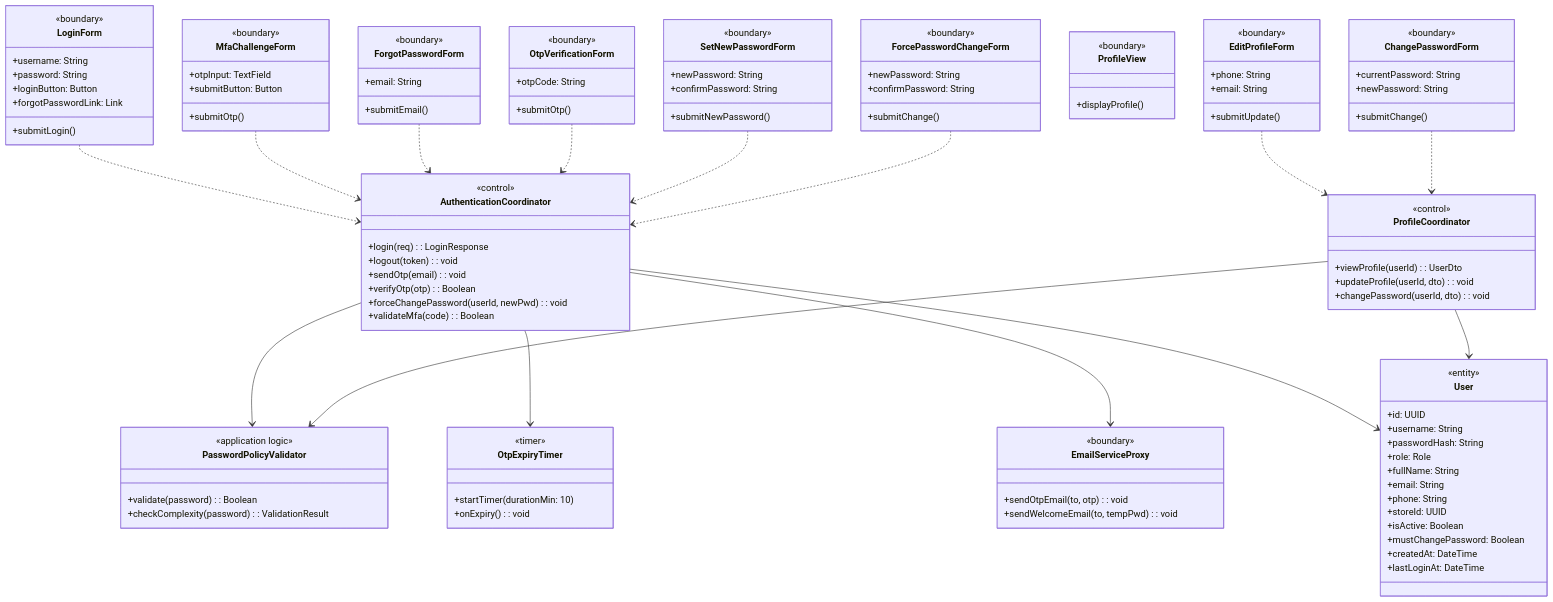
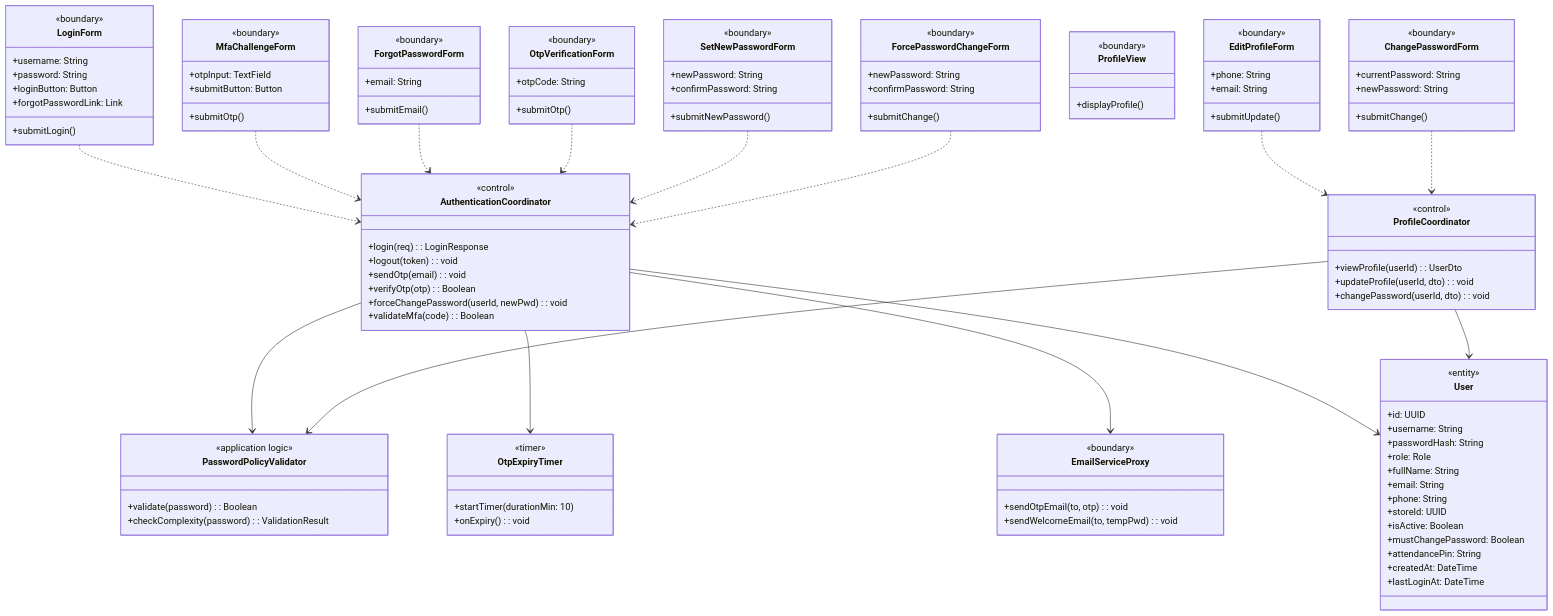
Before and after one commit to Shaichi/Khoga_coffe_shop: the first of 6 diagrams in rds_sections/04_detailed_3_1_system_access_security.md, drawn with Mermaid. The commit also changed 7 other files, not shown here.

Commit message:
docs: sync RDS database and diagrams with SRS and fix inventory deduction logic

```diff
--- a/rds_sections/04_detailed_3_1_system_access_security.md
+++ b/rds_sections/04_detailed_3_1_system_access_security.md
@@ -104,6 +104,7 @@
         +storeId: UUID
         +isActive: Boolean
         +mustChangePassword: Boolean
+        +attendancePin: String
         +createdAt: DateTime
         +lastLoginAt: DateTime
     }
```
